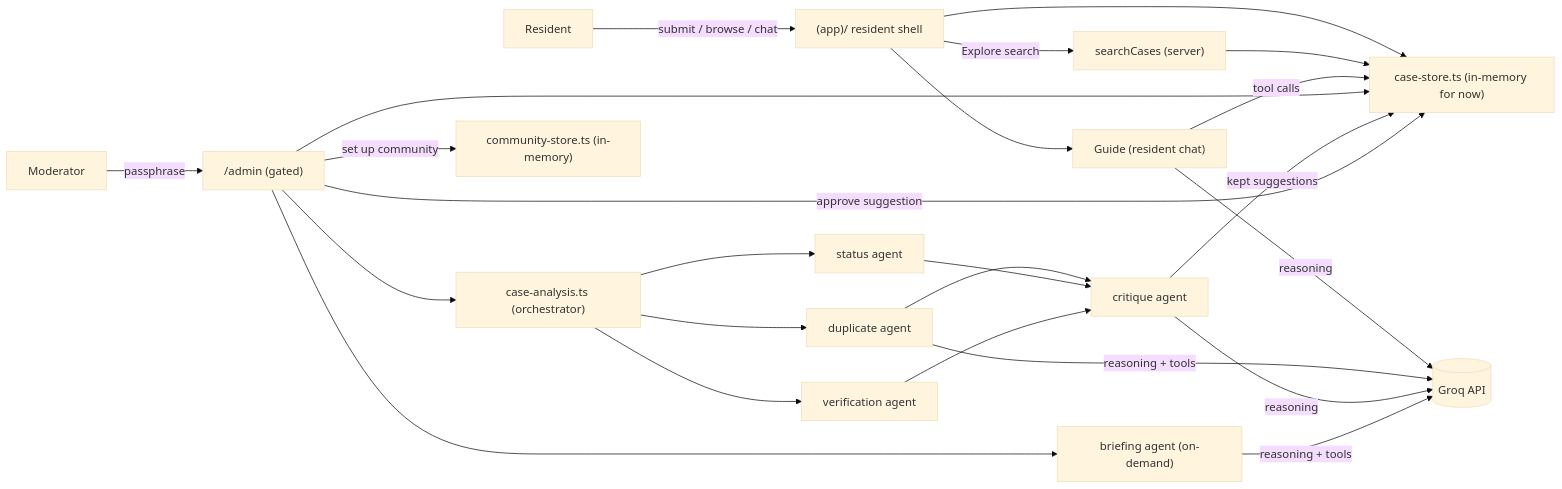
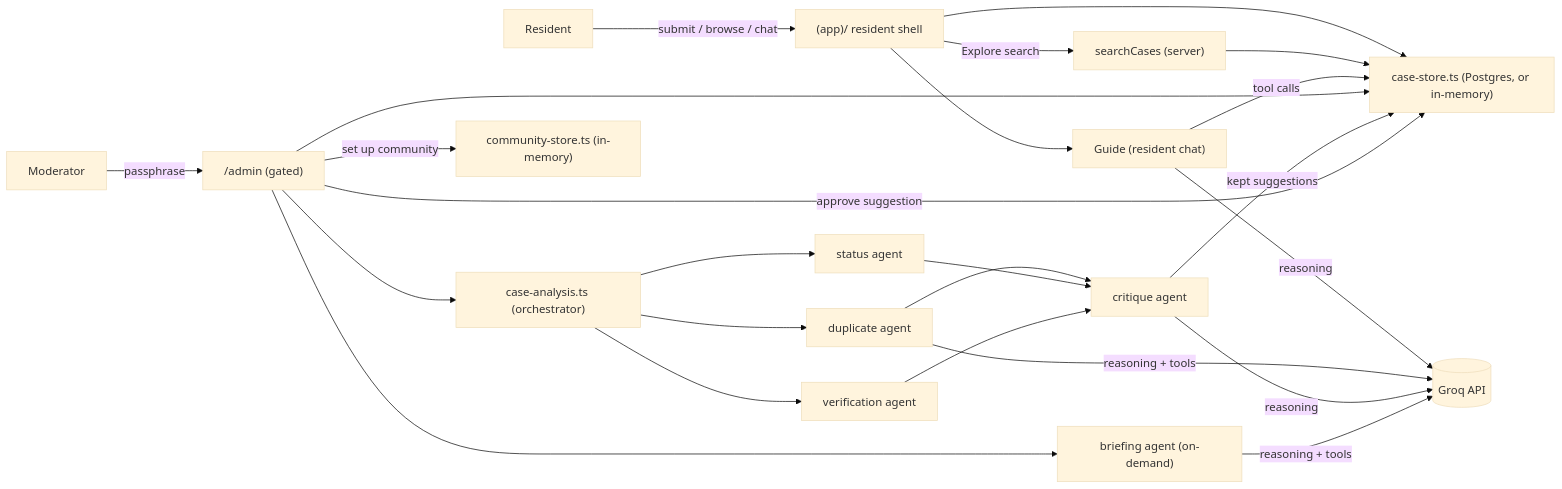
Before and after one commit to Bhakti864653/commonground: the diagram in README.md, drawn with Mermaid (base theme). The commit also changed other lines of this file and 25 other files, not shown here.

````diff
--- a/README.md
+++ b/README.md
@@ -124,24 +123,24 @@
 ```mermaid
 flowchart LR
   Resident -->|submit / browse / chat| AppShell["(app)/ resident shell"]
-  AppShell --> Store["case-store.ts (in-memory for now)"]
+  AppShell --> Store["case-store.ts (Postgres, or in-memory)"]
   AppShell -->|Explore search| Search["searchCases (server)"]
   Search --> Store
   AppShell --> Guide["Guide (resident chat)"]
   Guide -->|tool calls| Store
   Guide -->|reasoning| Groq[(Groq API)]
   Moderator -->|passphrase| Admin["/admin (gated)"]
   Admin --> Store
   Admin --> Orchestrator["case-analysis.ts (orchestrator)"]
   Orchestrator --> DupAgent["duplicate agent"]
   Orchestrator --> StatusAgent["status agent"]
   Orchestrator --> VerifyAgent["verification agent"]
   DupAgent & StatusAgent & VerifyAgent --> Critique["critique agent"]
   Critique -->|kept suggestions| Store
   DupAgent -->|reasoning + tools| Groq
   Critique -->|reasoning| Groq
   Admin --> Briefing["briefing agent (on-demand)"]
   Briefing -->|reasoning + tools| Groq
   Admin -->|approve suggestion| Store
   Admin -->|set up community| Communities["community-store.ts (in-memory)"]
 ```
````
